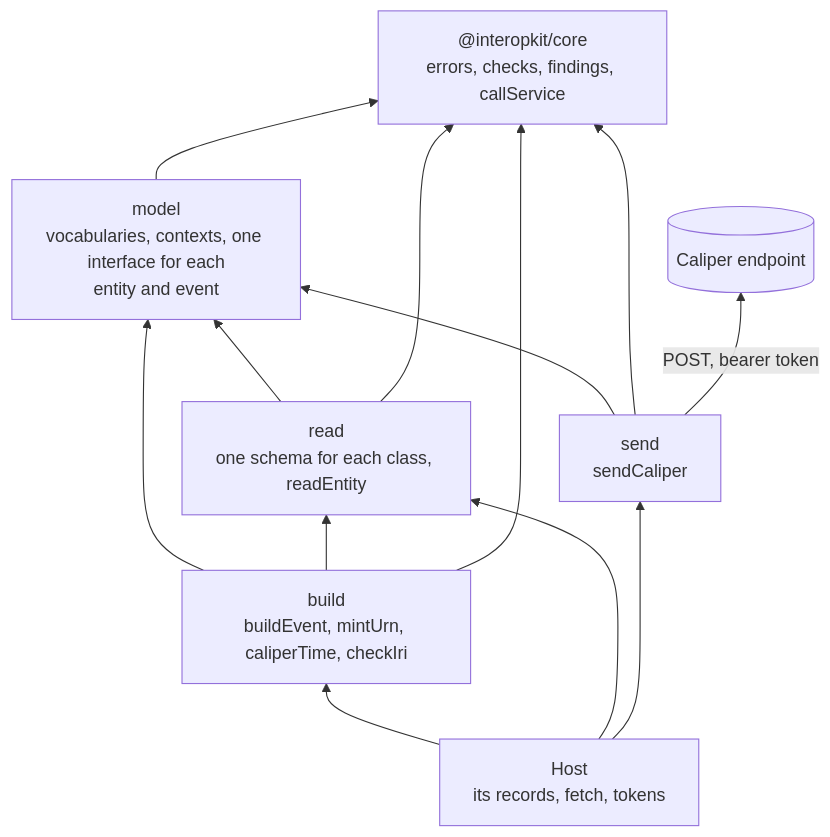
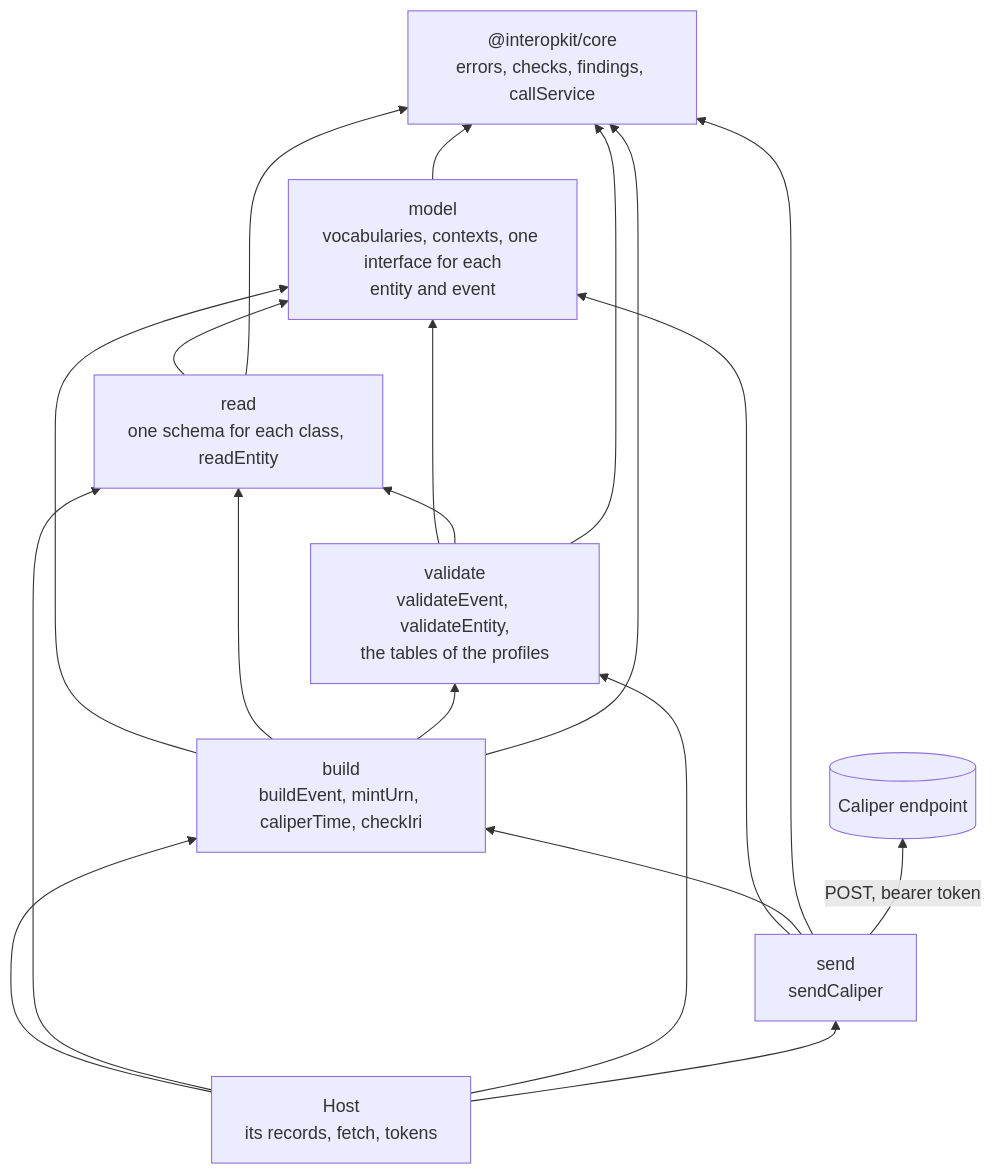
Before and after one commit to interopkit/interopkit: the diagram in docs/learning-analytics/architecture.md, drawn with Mermaid. The commit also changed other lines of this file and 39 other files, not shown here.

First line of the commit message:
Judge Caliper events against the rules of their profiles, and refuse them in buildEvent

````diff
--- a/docs/learning-analytics/architecture.md
+++ b/docs/learning-analytics/architecture.md
@@ -7,20 +7,27 @@
 ```mermaid
 flowchart BT
   core["@interopkit/core<br/>errors, checks, findings, callService"]
   model["model<br/>vocabularies, contexts, one interface for each<br/>entity and event"]
   read["read<br/>one schema for each class, readEntity"]
+  validate["validate<br/>validateEvent, validateEntity,<br/>the tables of the profiles"]
   build["build<br/>buildEvent, mintUrn, caliperTime, checkIri"]
   send["send<br/>sendCaliper"]
   read --> model
+  validate --> model
+  validate --> read
   build --> model
   build --> read
+  build --> validate
   send --> model
+  send --> build
   model --> core
   read --> core
+  validate --> core
   build --> core
   send --> core
   host["Host<br/>its records, fetch, tokens"] --> build
   host --> read
+  host --> validate
   host --> send
   send -->|"POST, bearer token"| endpoint[("Caliper endpoint")]
 ```
````
